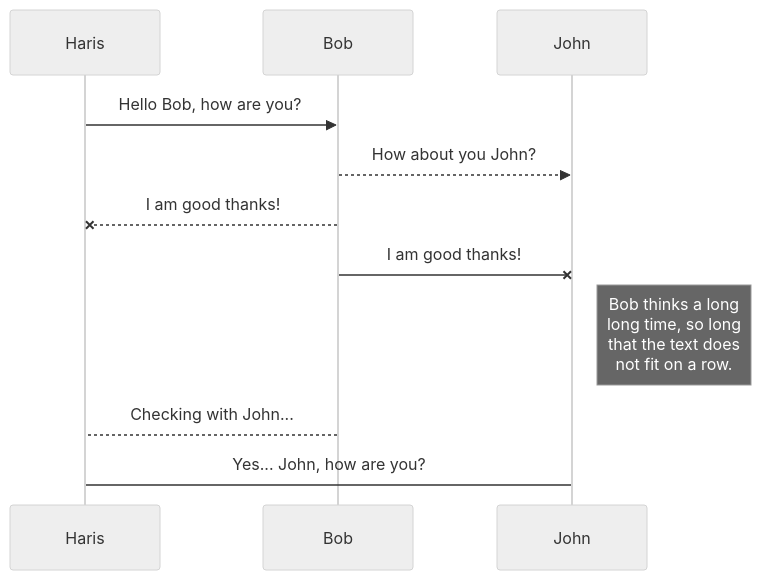
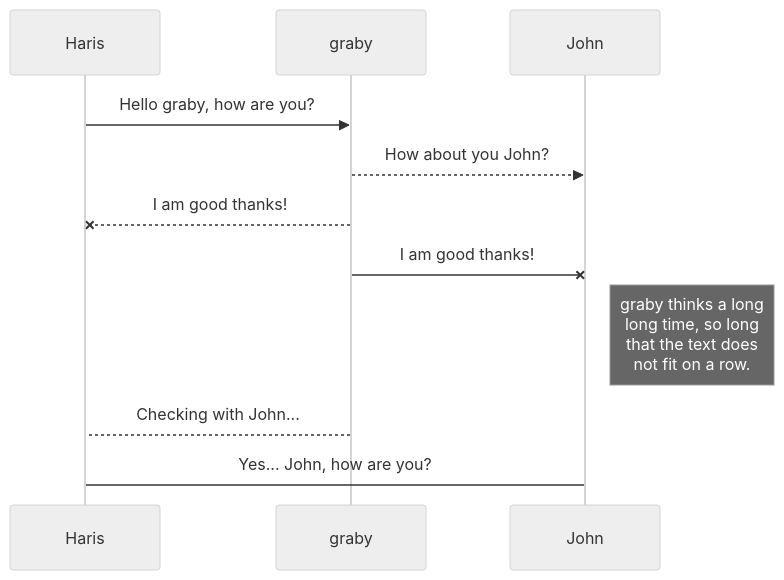
One commit to drshahizan/learn-github changed the diagram in exercise/csmharis1/excercise2.md. Above: the diagram before and after it, drawn with Mermaid (neutral theme).

````diff
--- a/exercise/csmharis1/excercise2.md
+++ b/exercise/csmharis1/excercise2.md
@@ -5,11 +5,11 @@
 ```mermaid
 sequenceDiagram
-Haris ->> Bob: Hello Bob, how are you?
-Bob-->>John: How about you John?
-Bob--x Haris: I am good thanks!
-Bob-x John: I am good thanks!
-Note right of John: Bob thinks a long<br/>long time, so long<br/>that the text does<br/>not fit on a row.
+Haris ->> graby: Hello graby, how are you?
+graby-->>John: How about you John?
+graby--x Haris: I am good thanks!
+graby-x John: I am good thanks!
+Note right of John: graby thinks a long<br/>long time, so long<br/>that the text does<br/>not fit on a row.
 
-Bob-->Haris: Checking with John...
+graby-->Haris: Checking with John...
 Haris->John: Yes... John, how are you?
 ```
````
